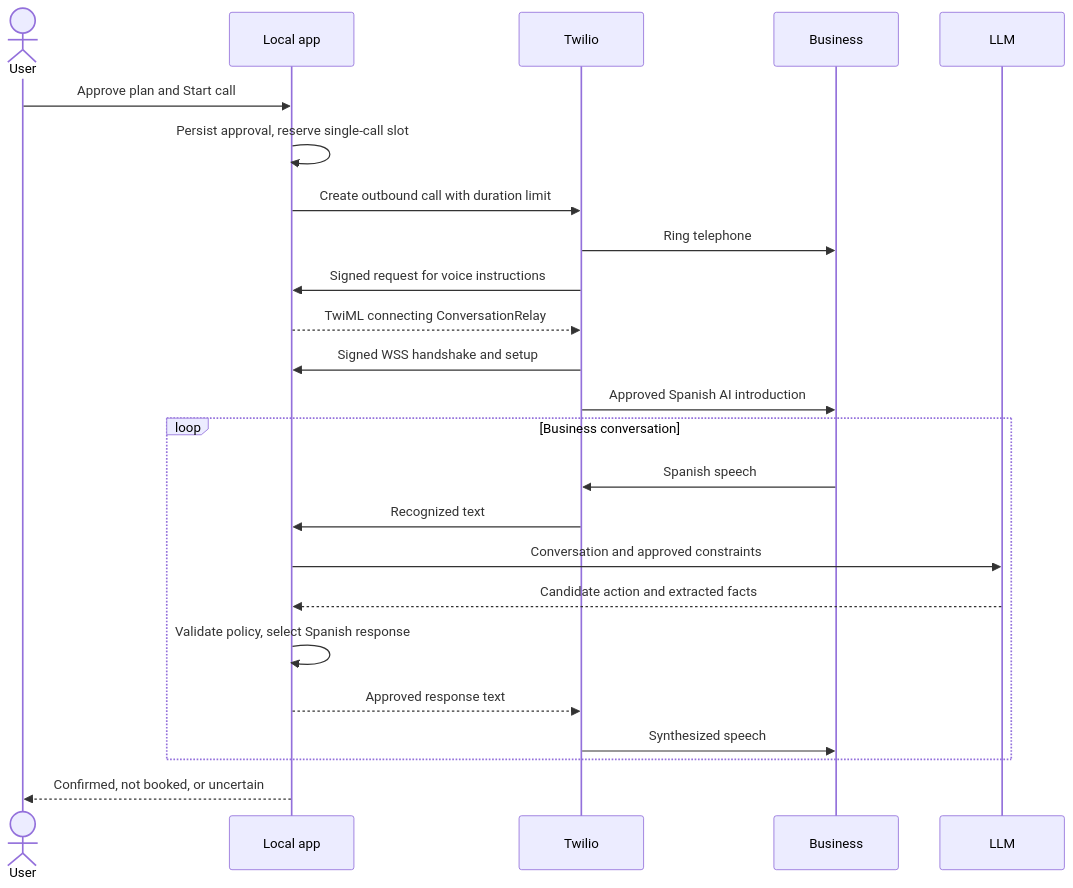
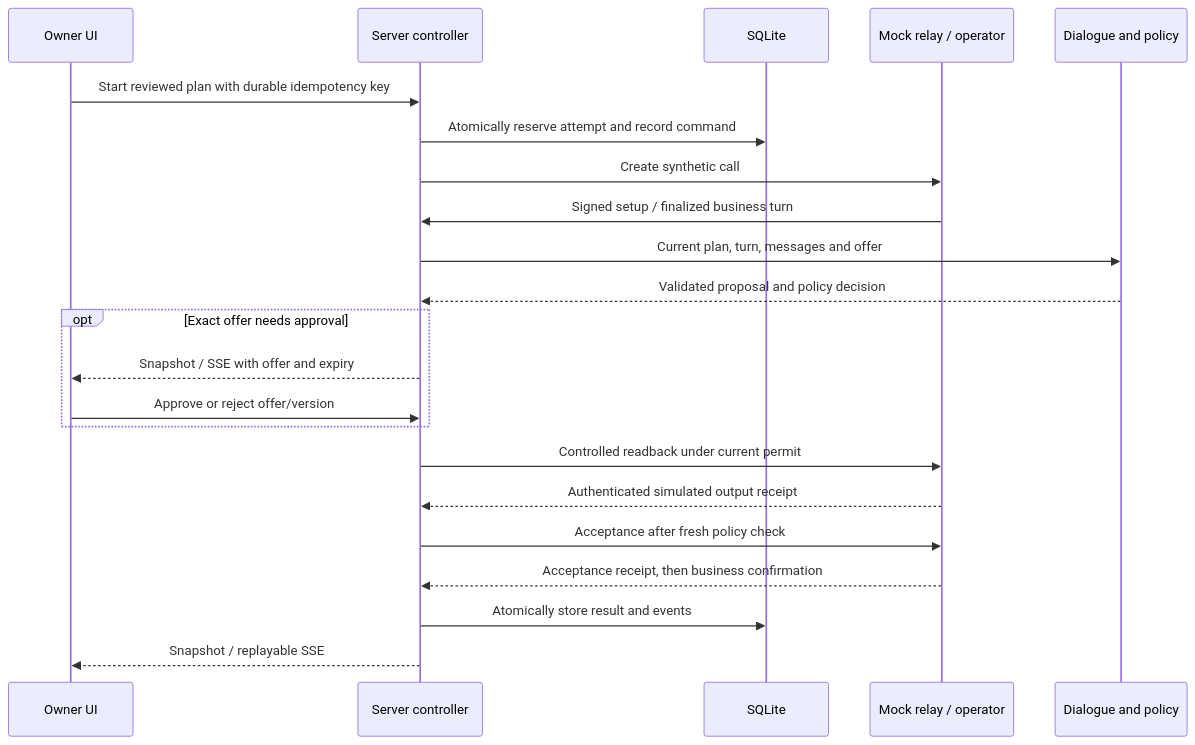
The second of 2 diagrams in docs/architecture.md (vitalisavastsenia/callmate), drawn with Mermaid before and after one commit. The commit also changed other lines of this file and 252 other files, not shown here.

````diff
--- a/docs/architecture.md
+++ b/docs/architecture.md
@@ -52,26 +76,24 @@
 ```mermaid
 sequenceDiagram
-    actor User
-    participant App as Local app
-    participant Twilio
-    participant Shop as Business
-    participant LLM
-    User->>App: Approve plan and Start call
-    App->>App: Persist approval, reserve single-call slot
-    App->>Twilio: Create outbound call with duration limit
-    Twilio->>Shop: Ring telephone
-    Twilio->>App: Signed request for voice instructions
-    App-->>Twilio: TwiML connecting ConversationRelay
-    Twilio->>App: Signed WSS handshake and setup
-    Twilio->>Shop: Approved Spanish AI introduction
-    loop Business conversation
-        Shop->>Twilio: Spanish speech
-        Twilio->>App: Recognized text
-        App->>LLM: Conversation and approved constraints
-        LLM-->>App: Candidate action and extracted facts
-        App->>App: Validate policy, select Spanish response
-        App-->>Twilio: Approved response text
-        Twilio->>Shop: Synthesized speech
+    participant UI as Owner UI
+    participant C as Server controller
+    participant DB as SQLite
+    participant M as Mock relay / operator
+    participant L as Dialogue and policy
+    UI->>C: Start reviewed plan with durable idempotency key
+    C->>DB: Atomically reserve attempt and record command
+    C->>M: Create synthetic call
+    M->>C: Signed setup / finalized business turn
+    C->>L: Current plan, turn, messages and offer
+    L-->>C: Validated proposal and policy decision
+    opt Exact offer needs approval
+        C-->>UI: Snapshot / SSE with offer and expiry
+        UI->>C: Approve or reject offer/version
     end
-    App-->>User: Confirmed, not booked, or uncertain
+    C->>M: Controlled readback under current permit
+    M-->>C: Authenticated simulated output receipt
+    C->>M: Acceptance after fresh policy check
+    M-->>C: Acceptance receipt, then business confirmation
+    C->>DB: Atomically store result and events
+    C-->>UI: Snapshot / replayable SSE
 ```
````
